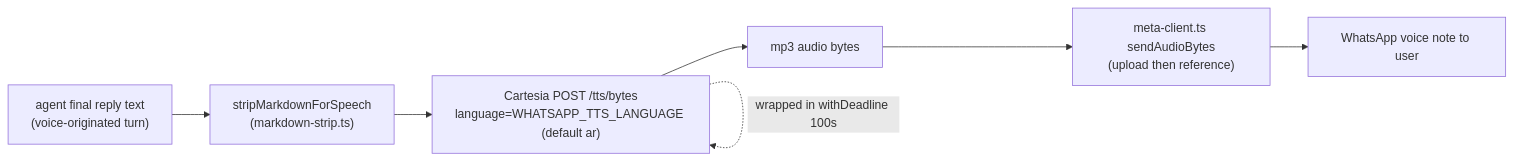
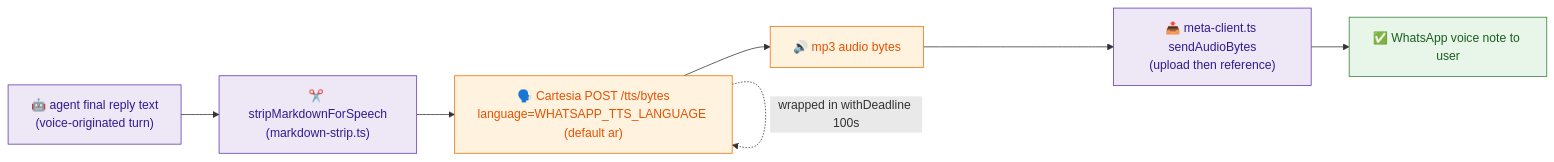
Before and after one commit to shqear93/openclaw-whatsapp-cloud: the sixth of 6 diagrams in ARCHITECTURE.md, drawn with Mermaid. The commit also changed other lines of this file, not shown here.

First line of the commit message:
docs(architecture): restyle diagrams with color coding and icons

````diff
--- a/ARCHITECTURE.md
+++ b/ARCHITECTURE.md
@@ -756,9 +796,13 @@
 ```mermaid
 flowchart LR
-    A["agent final reply text\n(voice-originated turn)"] --> B["stripMarkdownForSpeech\n(markdown-strip.ts)"]
-    B --> C["Cartesia POST /tts/bytes\nlanguage=WHATSAPP_TTS_LANGUAGE (default ar)"]
-    C --> D["mp3 audio bytes"]
-    D --> E["meta-client.ts sendAudioBytes\n(upload then reference)"]
-    E --> F[WhatsApp voice note to user]
+    classDef core fill:#ede7f6,stroke:#5e35b1,color:#311b92
+    classDef ext fill:#fff3e0,stroke:#ef6c00,color:#e65100
+    classDef success fill:#e8f5e9,stroke:#2e7d32,color:#1b5e20
+
+    A["🤖 agent final reply text\n(voice-originated turn)"]:::core --> B["✂️ stripMarkdownForSpeech\n(markdown-strip.ts)"]:::core
+    B --> C["🗣️ Cartesia POST /tts/bytes\nlanguage=WHATSAPP_TTS_LANGUAGE (default ar)"]:::ext
+    C --> D[🔊 mp3 audio bytes]:::ext
+    D --> E["📤 meta-client.ts sendAudioBytes\n(upload then reference)"]:::core
+    E --> F[✅ WhatsApp voice note to user]:::success
     C -. "wrapped in withDeadline 100s" .-> C
 ```
````
